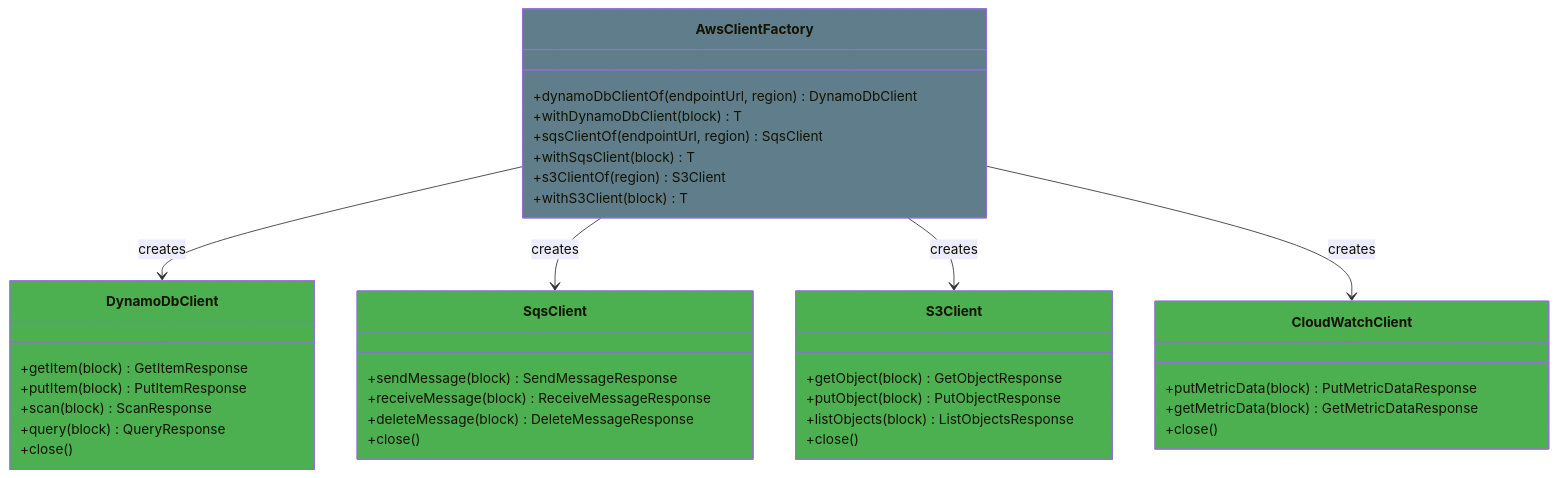
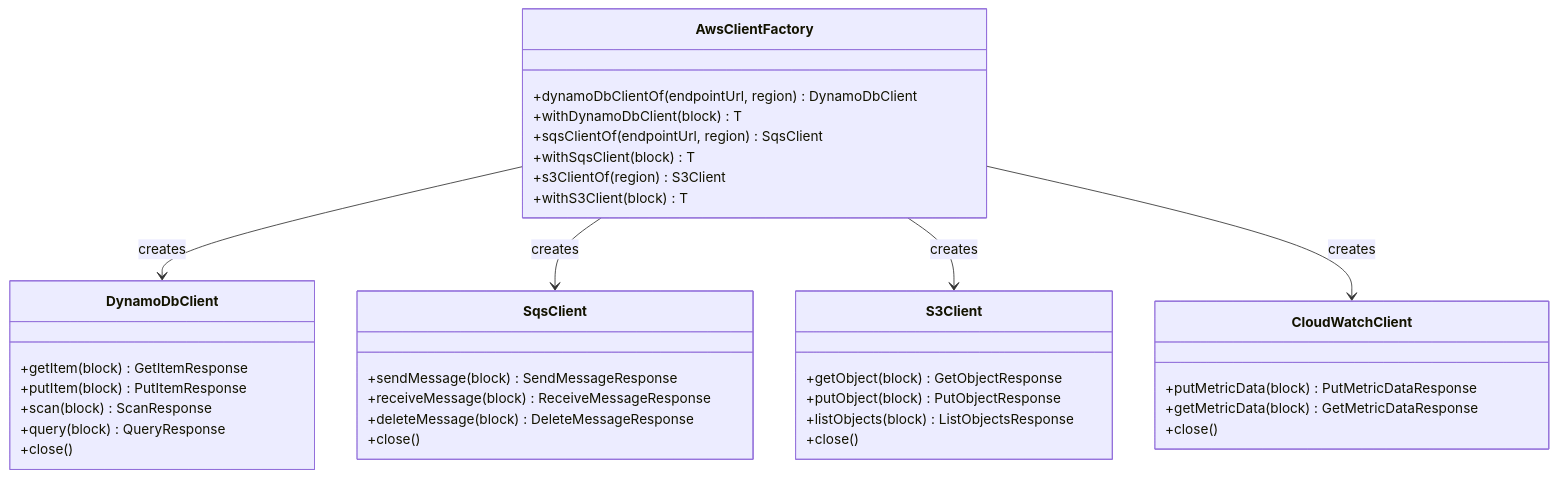
Before and after one commit to bluetape4k/bluetape4k-projects: the first of 3 diagrams in aws/aws-kotlin/README.md, drawn with Mermaid. The commit also changed 95 other files, not shown here.

First line of the commit message:
docs: Mermaid 파서 오류 전체 수정 (IntelliJ IDEA 호환)

````diff
--- a/aws/aws-kotlin/README.md
+++ b/aws/aws-kotlin/README.md
@@ -167,43 +167,41 @@
 ```mermaid
 classDiagram
-    class DynamoDbClient:::serviceStyle {
+    class DynamoDbClient {
         +getItem(block) GetItemResponse
         +putItem(block) PutItemResponse
         +scan(block) ScanResponse
         +query(block) QueryResponse
         +close()
     }
-    class SqsClient:::serviceStyle {
+    class SqsClient {
         +sendMessage(block) SendMessageResponse
         +receiveMessage(block) ReceiveMessageResponse
         +deleteMessage(block) DeleteMessageResponse
         +close()
     }
-    class S3Client:::serviceStyle {
+    class S3Client {
         +getObject(block) GetObjectResponse
         +putObject(block) PutObjectResponse
         +listObjects(block) ListObjectsResponse
         +close()
     }
-    class CloudWatchClient:::serviceStyle {
+    class CloudWatchClient {
         +putMetricData(block) PutMetricDataResponse
         +getMetricData(block) GetMetricDataResponse
         +close()
     }
-    class AwsClientFactory:::infraStyle {
+    class AwsClientFactory {
         +dynamoDbClientOf(endpointUrl, region) DynamoDbClient
         +withDynamoDbClient(block) T
         +sqsClientOf(endpointUrl, region) SqsClient
         +withSqsClient(block) T
         +s3ClientOf(region) S3Client
         +withS3Client(block) T
     }
 
     AwsClientFactory --> DynamoDbClient : creates
     AwsClientFactory --> SqsClient : creates
     AwsClientFactory --> S3Client : creates
     AwsClientFactory --> CloudWatchClient : creates
 
-    classDef serviceStyle fill:#4CAF50
-    classDef infraStyle   fill:#607D8B
 ```
````
